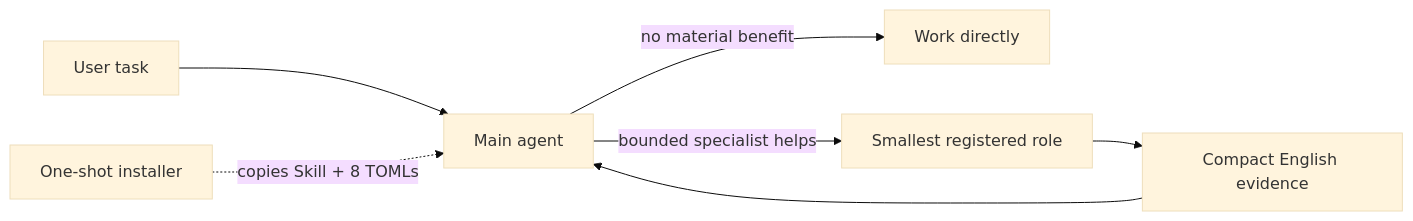
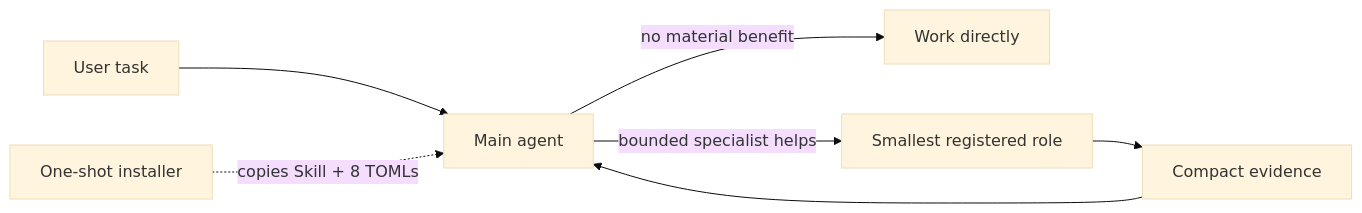
The diagram in README.md (Adam0120/codex-agent-governance), drawn with Mermaid (base theme) before and after one commit. The commit also changed other lines of this file and 26 other files, not shown here.

````diff
--- a/README.md
+++ b/README.md
@@ -14,9 +14,9 @@
 ```mermaid
 flowchart LR
   U[User task] --> M[Main agent]
   M -->|no material benefit| W[Work directly]
   M -->|bounded specialist helps| R[Smallest registered role]
-  R --> E[Compact English evidence]
+  R --> E[Compact evidence]
   E --> M
   I[One-shot installer] -. copies Skill + 8 TOMLs .-> M
 ```
````
